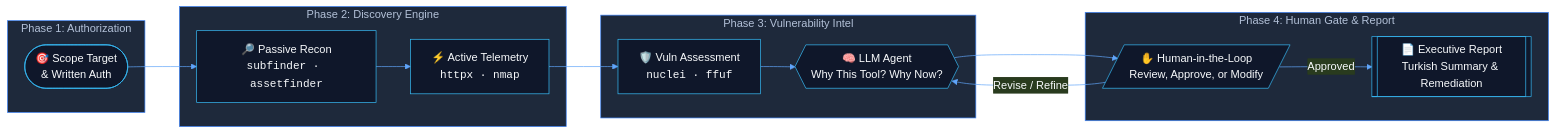
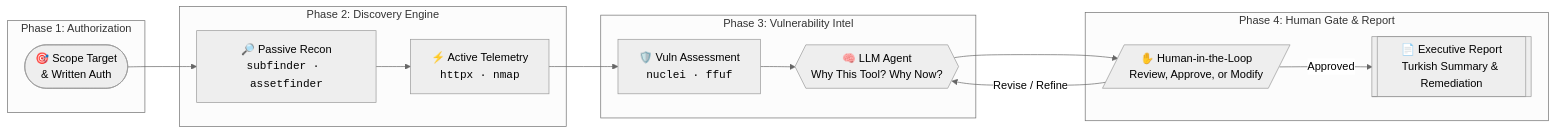
One commit to SuleymanToklu/SuleymanToklu changed the first of 2 diagrams in README.md. Above: the diagram before and after it, drawn with Mermaid. The commit also changed other lines of this file, not shown here.

Commit message:
fix: resolve external fetch errors and implement full light/dark theme adaptability

````diff
--- a/README.md
+++ b/README.md
@@ -186,45 +159,30 @@
 ```mermaid
-%%{init: {
-  "theme": "base",
-  "themeVariables": {
-    "background": "transparent",
-    "primaryColor": "#1e293b",
-    "primaryTextColor": "#f8fafc",
-    "primaryBorderColor": "#38bdf8",
-    "lineColor": "#60a5fa",
-    "textColor": "#f8fafc",
-    "mainBkg": "#0f172a",
-    "nodeBorder": "#38bdf8",
-    "clusterBkg": "#1e293b",
-    "clusterBorder": "#3b82f6",
-    "fontFamily": "ui-monospace, SFMono-Regular, Menlo, Monaco, Consolas, monospace"
-  }
-}}%%
+%%{init: {'theme': 'neutral', 'themeVariables': {'fontFamily': 'ui-monospace, SFMono-Regular, Menlo, Monaco, Consolas, monospace'}}}%%
 flowchart LR
     subgraph S1 ["Phase 1: Authorization"]
       A(["🎯 Scope Target<br/>& Written Auth"])
     end
 
     subgraph S2 ["Phase 2: Discovery Engine"]
       B["🔎 Passive Recon<br/><code>subfinder · assetfinder</code>"]
       C["⚡ Active Telemetry<br/><code>httpx · nmap</code>"]
     end
 
     subgraph S3 ["Phase 3: Vulnerability Intel"]
       D["🛡️ Vuln Assessment<br/><code>nuclei · ffuf</code>"]
       P{{"🧠 LLM Agent<br/>Why This Tool? Why Now?"}}
     end
 
     subgraph S4 ["Phase 4: Human Gate & Report"]
       H[/"✋ Human-in-the-Loop<br/>Review, Approve, or Modify"/]
       R[["📄 Executive Report<br/>Turkish Summary & Remediation"]]
     end
 
     A --> B
     B --> C
     C --> D
     D --> P
     P --> H
     H -->|Approved| R
     H -->|Revise / Refine| P
 ```
````
